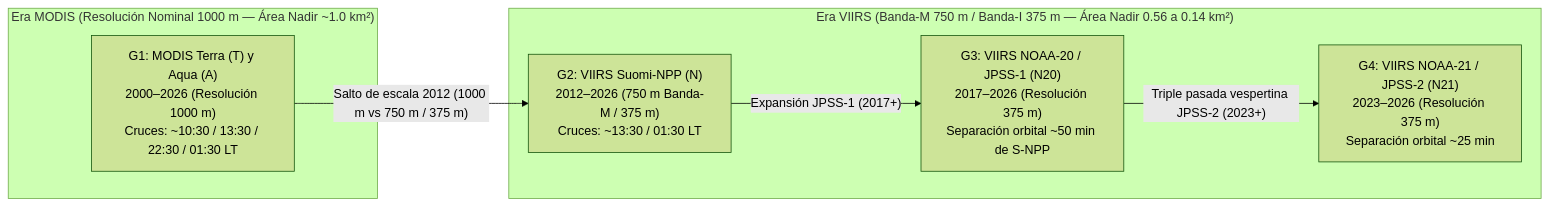
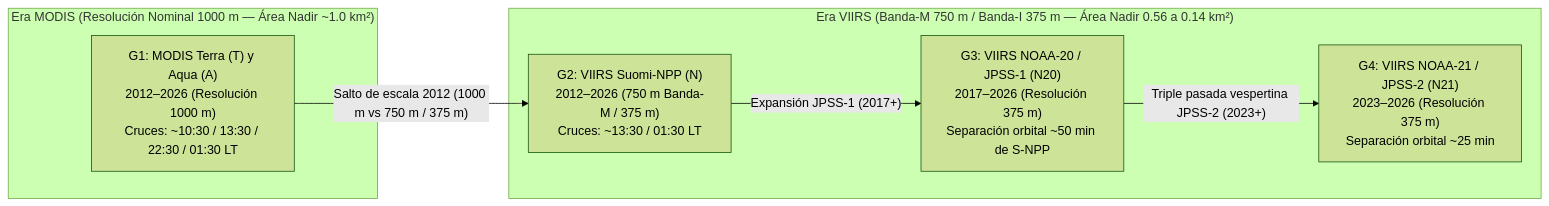
One commit to juani981/Space-App-Challenge changed the first of 2 diagrams in docs/overnight/01_INDUSTRIA_SISTEMAS_REALES.md. Above: the diagram before and after it, drawn with Mermaid (forest theme). The commit also changed other lines of this file and 8 other files, not shown here.

````diff
--- a/docs/overnight/01_INDUSTRIA_SISTEMAS_REALES.md
+++ b/docs/overnight/01_INDUSTRIA_SISTEMAS_REALES.md
@@ -29,16 +29,16 @@
 ```mermaid
 flowchart LR
     subgraph Era_MODIS["Era MODIS (Resolución Nominal 1000 m — Área Nadir ~1.0 km²)"]
-        G1["G1: MODIS Terra (T) y Aqua (A)<br/>2000–2026 (Resolución 1000 m)<br/>Cruces: ~10:30 / 13:30 / 22:30 / 01:30 LT"]
+        G1["G1: MODIS Terra (T) y Aqua (A)<br/>2012–2026 (Resolución 1000 m)<br/>Cruces: ~10:30 / 13:30 / 22:30 / 01:30 LT"]
     end
 
     subgraph Era_VIIRS["Era VIIRS (Banda-M 750 m / Banda-I 375 m — Área Nadir 0.56 a 0.14 km²)"]
         G2["G2: VIIRS Suomi-NPP (N)<br/>2012–2026 (750 m Banda-M / 375 m)<br/>Cruces: ~13:30 / 01:30 LT"]
         G3["G3: VIIRS NOAA-20 / JPSS-1 (N20)<br/>2017–2026 (Resolución 375 m)<br/>Separación orbital ~50 min de S-NPP"]
         G4["G4: VIIRS NOAA-21 / JPSS-2 (N21)<br/>2023–2026 (Resolución 375 m)<br/>Separación orbital ~25 min"]
     end
 
     G1 -->|"Salto de escala 2012 (1000 m vs 750 m / 375 m)"| G2
     G2 -->|"Expansión JPSS-1 (2017+)"| G3
     G3 -->|"Triple pasada vespertina JPSS-2 (2023+)"| G4
 ```
````
